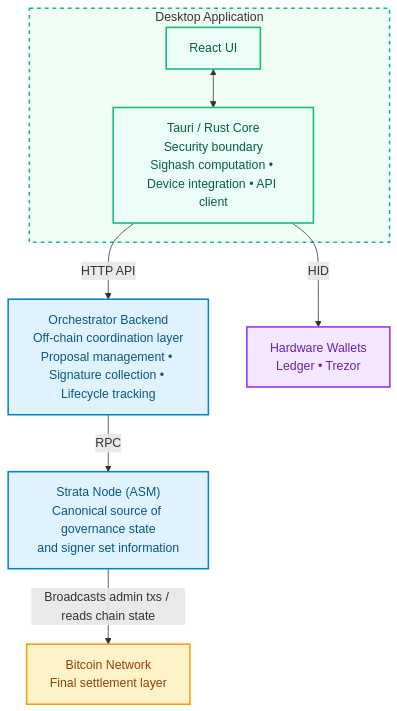
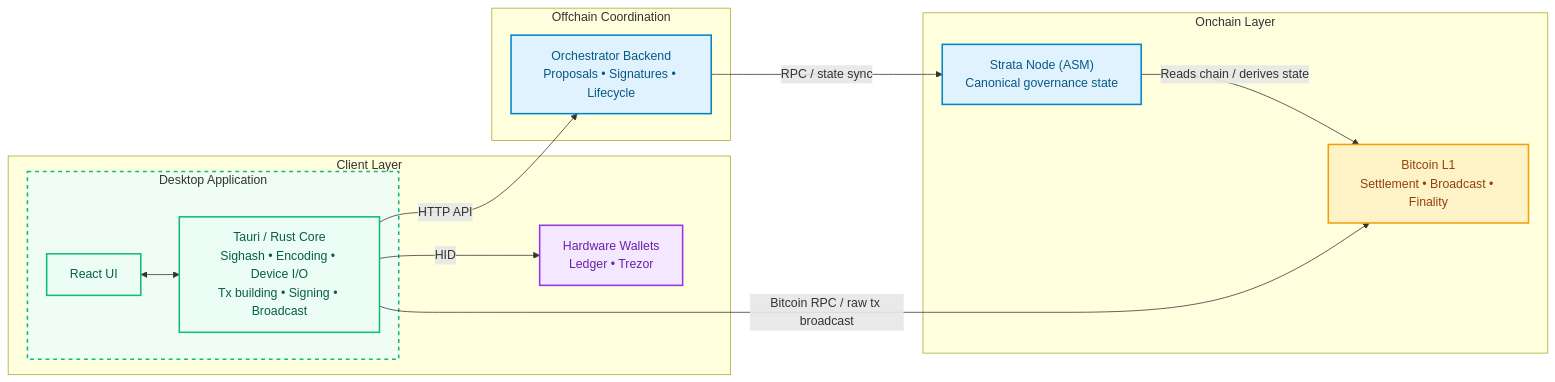
The first of 2 diagrams in docs/deliverable/research.md (wakeuplabs-io/alpen-multisig), drawn with Mermaid before and after one commit. The commit also changed other lines of this file and 1 other file, not shown here.

````diff
--- a/docs/deliverable/research.md
+++ b/docs/deliverable/research.md
@@ -232,46 +208,40 @@
 ```mermaid
-flowchart TB
+flowchart LR
 
-    %% =========================
-    %% NODES
-    %% =========================
-    BTC["Bitcoin Network<br/>Final settlement layer"]
-
-    STRATA["Strata Node (ASM)<br/>Canonical source of governance state<br/>and signer set information"]
-
-    ORCH["Orchestrator Backend<br/>Off-chain coordination layer<br/>Proposal management • Signature collection • Lifecycle tracking"]
-
-    subgraph DESKTOP["Desktop Application"]
-        UI["React UI"]
-        CORE["Tauri / Rust Core<br/>Security boundary<br/>Sighash computation • Device integration • API client"]
-        UI <--> CORE
+    subgraph ONCHAIN["Onchain Layer"]
+        BTC["Bitcoin L1<br/>Settlement • Broadcast • Finality"]
+        STRATA["Strata Node (ASM)<br/>Canonical governance state"]
+        STRATA -->|"Reads chain / derives state"| BTC
     end
 
-    HW["Hardware Wallets<br/>Ledger • Trezor"]
+    subgraph OFFCHAIN["Offchain Coordination"]
+        ORCH["Orchestrator Backend<br/>Proposals • Signatures • Lifecycle"]
+        ORCH -->|"RPC / state sync"| STRATA
+    end
 
-    %% =========================
-    %% CONNECTIONS
-    %% =========================
-    STRATA -->|"Broadcasts admin txs / reads chain state"| BTC
-    ORCH -->|"RPC"| STRATA
+    subgraph CLIENT["Client Layer"]
+        subgraph DESKTOP["Desktop Application"]
+            UI["React UI"]
+            CORE["Tauri / Rust Core<br/>Sighash • Encoding • Device I/O<br/>Tx building • Signing • Broadcast"]
+            UI <--> CORE
+        end
+
+        HW["Hardware Wallets<br/>Ledger • Trezor"]
+        CORE -->|"HID"| HW
+    end
+
     CORE -->|"HTTP API"| ORCH
-    CORE -->|"HID"| HW
+    CORE -->|"Bitcoin RPC / raw tx broadcast"| BTC
 
-    %% =========================
-    %% STYLES
-    %% =========================
     classDef onchain fill:#fef3c7,stroke:#f59e0b,stroke-width:2px,color:#92400e;
     classDef infra fill:#e0f2fe,stroke:#0284c7,stroke-width:2px,color:#075985;
     classDef client fill:#ecfdf5,stroke:#10b981,stroke-width:2px,color:#065f46;
     classDef wallet fill:#f3e8ff,stroke:#9333ea,stroke-width:2px,color:#6b21a8;
 
     class BTC onchain;
     class STRATA,ORCH infra;
     class UI,CORE client;
     class HW wallet;
 
-    %% =========================
-    %% SUBGRAPH STYLES
-    %% =========================
     style DESKTOP fill:#f0fdf4,stroke:#10b981,stroke-width:2px,stroke-dasharray: 5 5;
 ```
````
